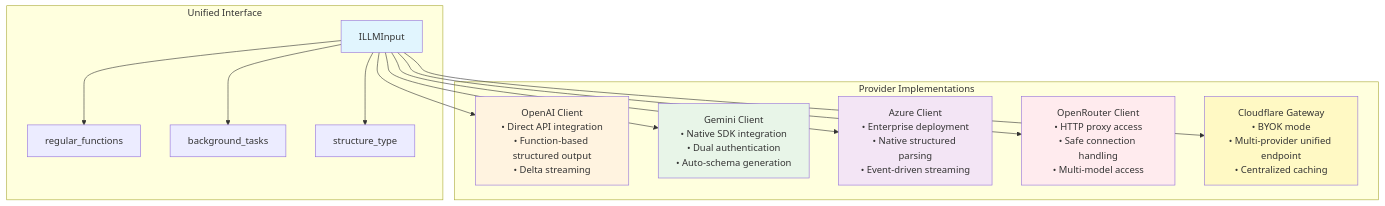
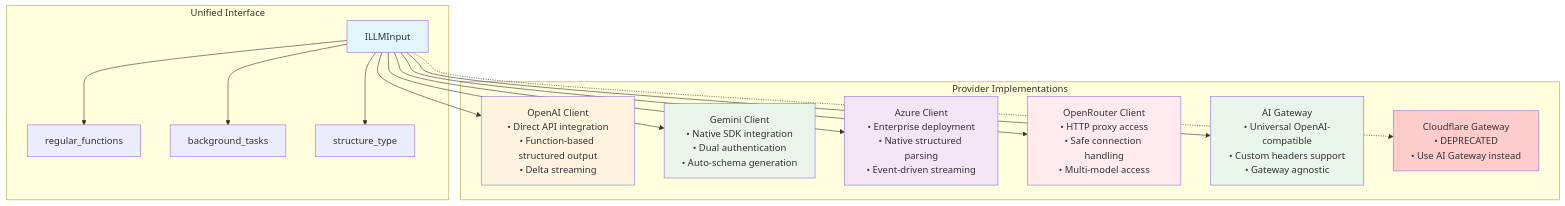
The first of 2 diagrams in docs/02-layer-guides/layer1-llm-clients/README.md (felesh-ai/arshai), drawn with Mermaid before and after one commit. The commit also changed other lines of this file and 6 other files, not shown here.

First line of the commit message:
feat: add generic AI Gateway LLM client for OpenAI-compatible endpoints

````diff
--- a/docs/02-layer-guides/layer1-llm-clients/README.md
+++ b/docs/02-layer-guides/layer1-llm-clients/README.md
@@ -17,30 +17,33 @@
 ```mermaid
 graph TB
     subgraph "Unified Interface"
         UI[ILLMInput]
         UI --> RF[regular_functions]
         UI --> BT[background_tasks]
         UI --> ST[structure_type]
     end
 
     subgraph "Provider Implementations"
         O[OpenAI Client<br/>• Direct API integration<br/>• Function-based structured output<br/>• Delta streaming]
         G[Gemini Client<br/>• Native SDK integration<br/>• Dual authentication<br/>• Auto-schema generation]
         A[Azure Client<br/>• Enterprise deployment<br/>• Native structured parsing<br/>• Event-driven streaming]
         R[OpenRouter Client<br/>• HTTP proxy access<br/>• Safe connection handling<br/>• Multi-model access]
-        CF[Cloudflare Gateway<br/>• BYOK mode<br/>• Multi-provider unified endpoint<br/>• Centralized caching]
+        AG[AI Gateway<br/>• Universal OpenAI-compatible<br/>• Custom headers support<br/>• Gateway agnostic]
+        CF[Cloudflare Gateway<br/>• DEPRECATED<br/>• Use AI Gateway instead]
     end
 
     UI --> O
     UI --> G
     UI --> A
     UI --> R
-    UI --> CF
+    UI --> AG
+    UI -.-> CF
 
     style UI fill:#e1f5fe
     style O fill:#fff3e0
     style G fill:#e8f5e8
     style A fill:#f3e5f5
     style R fill:#ffebee
-    style CF fill:#fff9c4
+    style AG fill:#e8f5e9
+    style CF fill:#ffcccc
 ```
````
